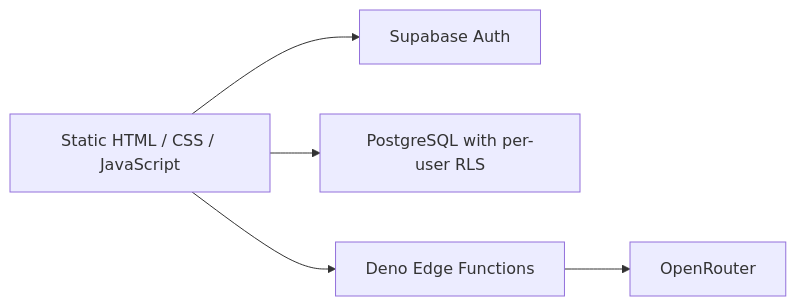
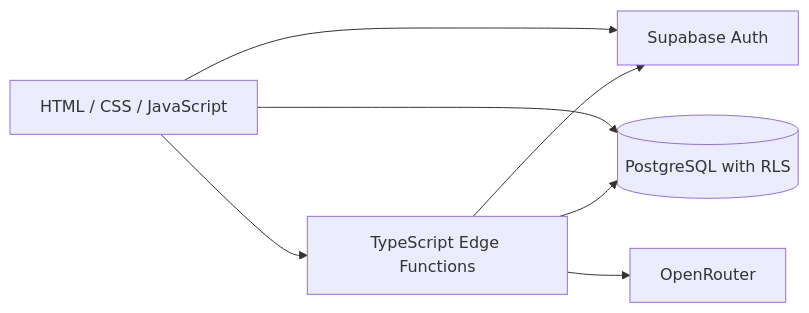
One commit to 19nAm11/CampusFlow changed the diagram in README.md. Above: the diagram before and after it, drawn with Mermaid. The commit also changed other lines of this file, not shown here.

````diff
--- a/README.md
+++ b/README.md
@@ -43,7 +34,9 @@
 ```mermaid
 flowchart LR
-    Browser[Static HTML / CSS / JavaScript] --> Auth[Supabase Auth]
-    Browser --> DB[PostgreSQL with per-user RLS]
-    Browser --> Edge[Deno Edge Functions]
+    Browser[HTML / CSS / JavaScript] --> Auth[Supabase Auth]
+    Browser --> DB[(PostgreSQL with RLS)]
+    Browser --> Edge[TypeScript Edge Functions]
+    Edge --> Auth
+    Edge --> DB
     Edge --> AI[OpenRouter]
 ```
````
